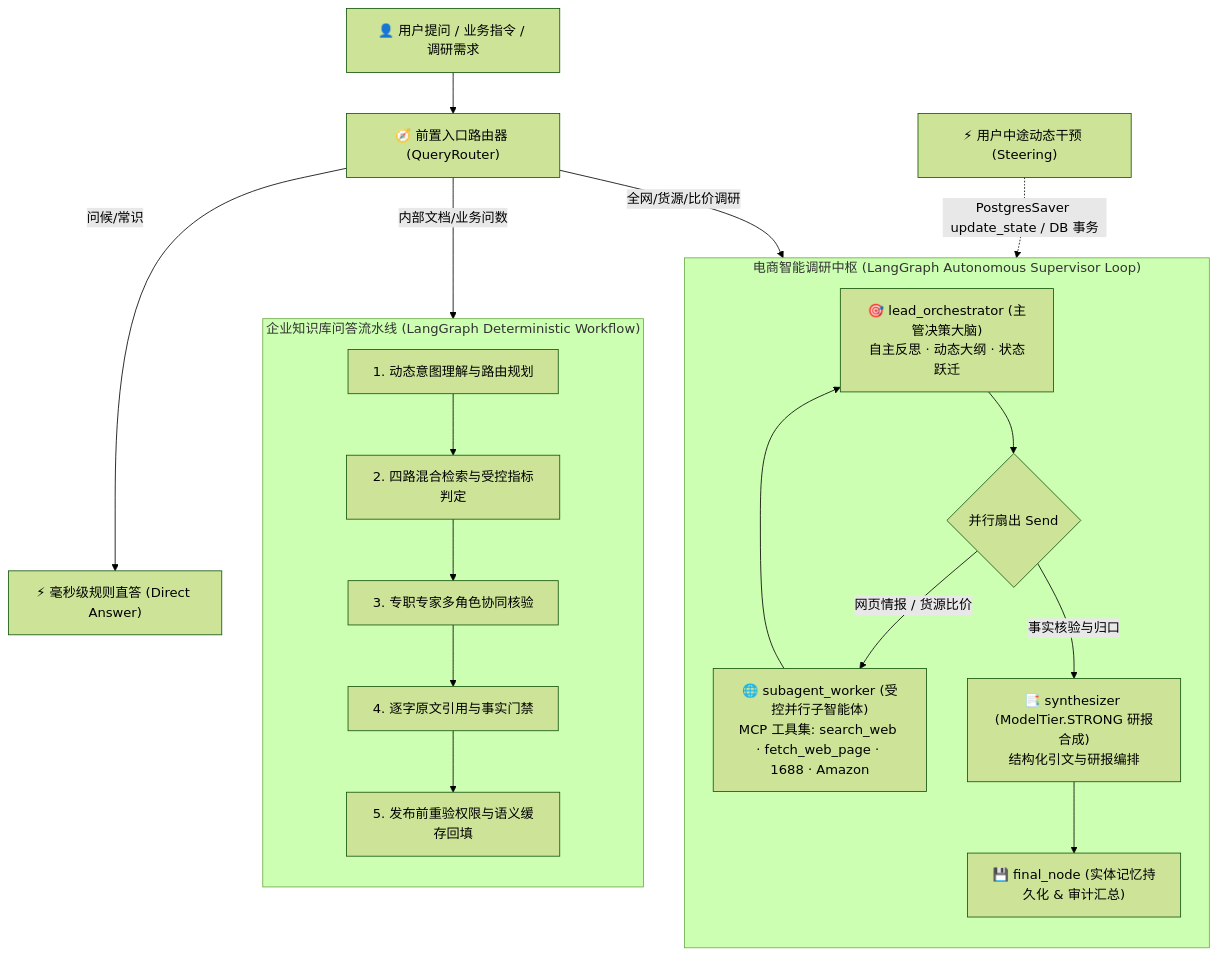
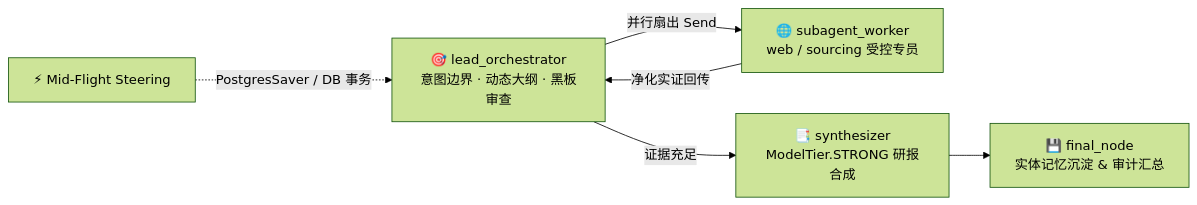
Before and after one commit to SenpeWang/TaoZhi-EcomAgent: the second of 2 diagrams in README.md, drawn with Mermaid (forest theme). The commit also changed other lines of this file, not shown here.

````diff
--- a/README.md
+++ b/README.md
@@ -26,30 +100,8 @@
 ```mermaid
-flowchart TD
-    User["👤 用户提问 / 业务指令 / 调研需求"] --> Router["🧭 前置入口路由器 (QueryRouter)"]
-
-    Router -->|问候/常识| DirectAns["⚡ 毫秒级规则直答 (Direct Answer)"]
-    Router -->|内部文档/业务问数| KBWorkflow["🏢 企业知识库问答【确定性工作流】"]
-    Router -->|全网/货源/比价调研| ResearchAgents["🤖 电商智能调研【真·自治多智能体系统】"]
-
-    subgraph KBWorkflow["企业知识库问答流水线 (LangGraph Deterministic Workflow)"]
-        direction TB
-        Plan["1. 动态意图理解与路由规划"] --> Retrieve["2. 四路混合检索与受控指标判定"]
-        Retrieve --> SpecialistRun["3. 专职专家多角色协同核验"]
-        SpecialistRun --> QualityGate["4. 逐字原文引用与事实门禁"]
-        QualityGate --> Pub["5. 发布前重验权限与语义缓存回填"]
-    end
-
-    subgraph ResearchAgents["电商智能调研中枢 (LangGraph Autonomous Supervisor Loop)"]
-        direction TB
-        Supervisor["🎯 lead_orchestrator (主管决策大脑)<br>自主反思 · 动态大纲 · 状态跃迁"]
-
-        Supervisor --> S_Router{并行扇出 Send}
-        S_Router -->|网页情报 / 货源比价| Worker["🌐 subagent_worker (受控并行子智能体)<br>MCP 工具集: search_web · fetch_web_page · 1688 · Amazon"]
-        S_Router -->|事实核验与归口| Synth["📑 synthesizer (ModelTier.STRONG 研报合成)<br>结构化引文与研报编排"]
-        Synth --> Final["💾 final_node (实体记忆持久化 & 审计汇总)"]
-
-        Worker --> Supervisor
-    end
-
-    SteerAction["⚡ 用户中途动态干预 (Steering)"] -.->|PostgresSaver update_state / DB 事务| Supervisor
+flowchart LR
+    Orchestrator["🎯 lead_orchestrator<br>意图边界 · 动态大纲 · 黑板审查"] -->|并行扇出 Send| Sub["🌐 subagent_worker<br>web / sourcing 受控专员"]
+    Sub -->|净化实证回传| Orchestrator
+    Orchestrator -->|证据充足| Synth["📑 synthesizer<br>ModelTier.STRONG 研报合成"]
+    Synth --> Final["💾 final_node<br>实体记忆沉淀 & 审计汇总"]
+    Steer["⚡ Mid-Flight Steering"] -.->|PostgresSaver / DB 事务| Orchestrator
 ```
````
